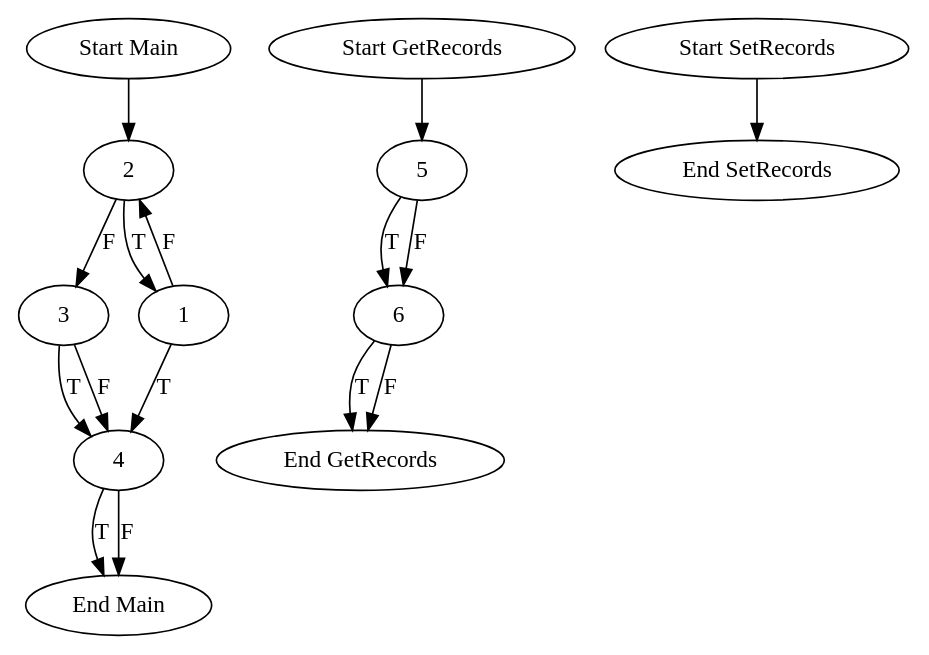
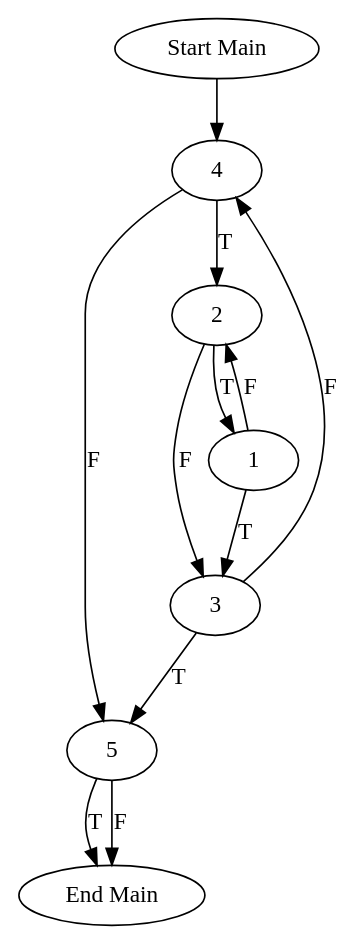
Before and after one commit to echancrure/Sikraken: the diagram in Parser/input.dot, drawn with Graphviz. The commit also changed 7 other files, not shown here.

```diff
--- a/Parser/input.dot
+++ b/Parser/input.dot
@@ -1,23 +1,15 @@
 digraph CFG {
 subgraph Main{
-"Start Main" -> "2"	 
-"4" -> "End Main" [label = "T"];
-"4" -> "End Main" [label = "F"];
-"3" -> "4" [label = "T"];
+"Start Main" -> "4"	 
+"5" -> "End Main" [label = "T"];
+"5" -> "End Main" [label = "F"];
+"4" -> "2" [label = "T"];
+"4" -> "5" [label = "F"];
+"3" -> "5" [label = "T"];
 "3" -> "4" [label = "F"];
 "2" -> "1" [label = "T"];
 "2" -> "3" [label = "F"];
-"1" -> "4" [label = "T"];
+"1" -> "3" [label = "T"];
 "1" -> "2" [label = "F"];
 }
-subgraph GetRecords{
-"Start GetRecords" -> "5"	 
-"6" -> "End GetRecords" [label = "T"];
-"6" -> "End GetRecords" [label = "F"];
-"5" -> "6" [label = "T"];
-"5" -> "6" [label = "F"];
 }
-subgraph SetRecords{
-"Start SetRecords" -> "End SetRecords";
-}
-}
```
